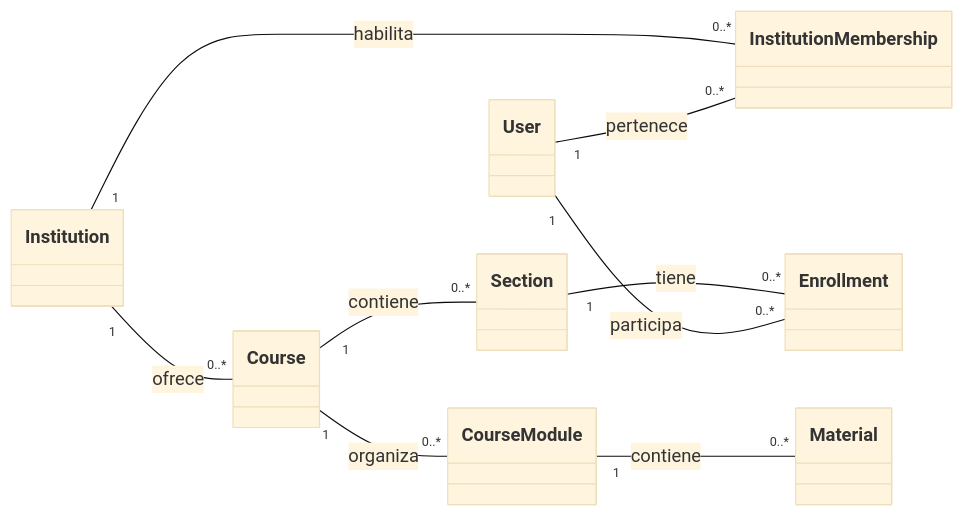
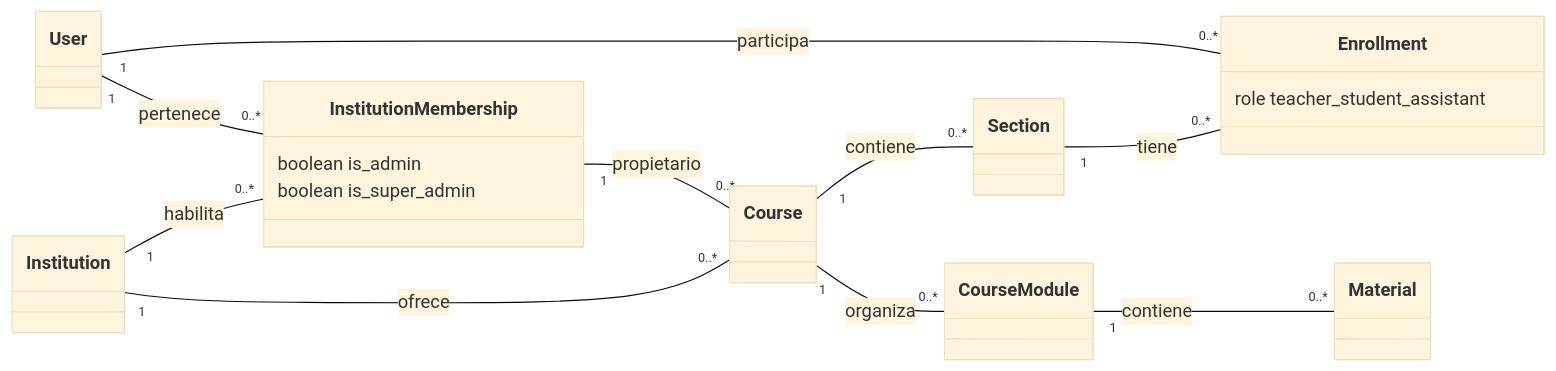
Before and after one commit to dvillas28/lock-in-team-iic3143-202602: the first of 2 diagrams in docs/deliveries/2/05-domain-model-uml.md, drawn with Mermaid (base theme). The commit also changed other lines of this file and 78 other files, not shown here.

````diff
--- a/docs/deliveries/2/05-domain-model-uml.md
+++ b/docs/deliveries/2/05-domain-model-uml.md
@@ -9,22 +9,28 @@
 ```mermaid
 classDiagram
   direction LR
 
   class Institution
   class User
-  class InstitutionMembership
+  class InstitutionMembership {
+    boolean is_admin
+    boolean is_super_admin
+  }
   class Course
   class Section
-  class Enrollment
+  class Enrollment {
+    role teacher_student_assistant
+  }
   class CourseModule
   class Material
 
   Institution "1" -- "0..*" InstitutionMembership : habilita
   User "1" -- "0..*" InstitutionMembership : pertenece
   Institution "1" -- "0..*" Course : ofrece
+  InstitutionMembership "1" -- "0..*" Course : propietario
   Course "1" -- "0..*" Section : contiene
   Section "1" -- "0..*" Enrollment : tiene
   User "1" -- "0..*" Enrollment : participa
   Course "1" -- "0..*" CourseModule : organiza
   CourseModule "1" -- "0..*" Material : contiene
 ```
````
